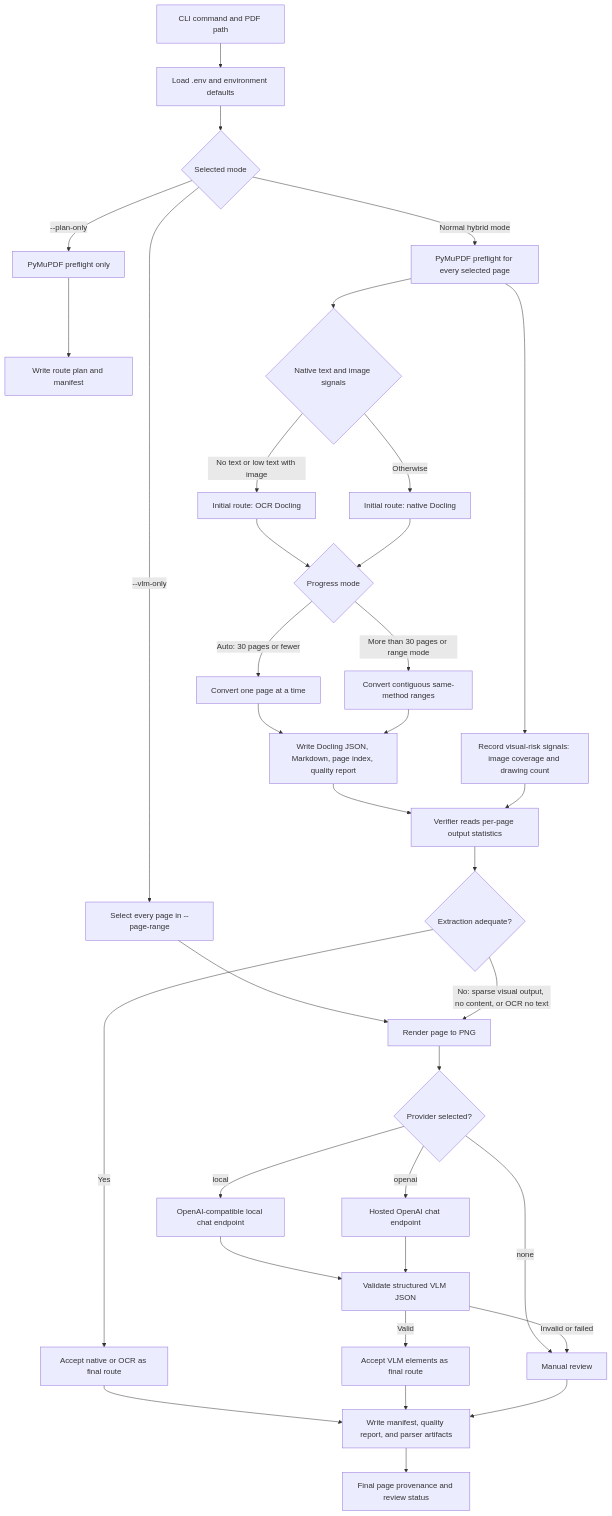
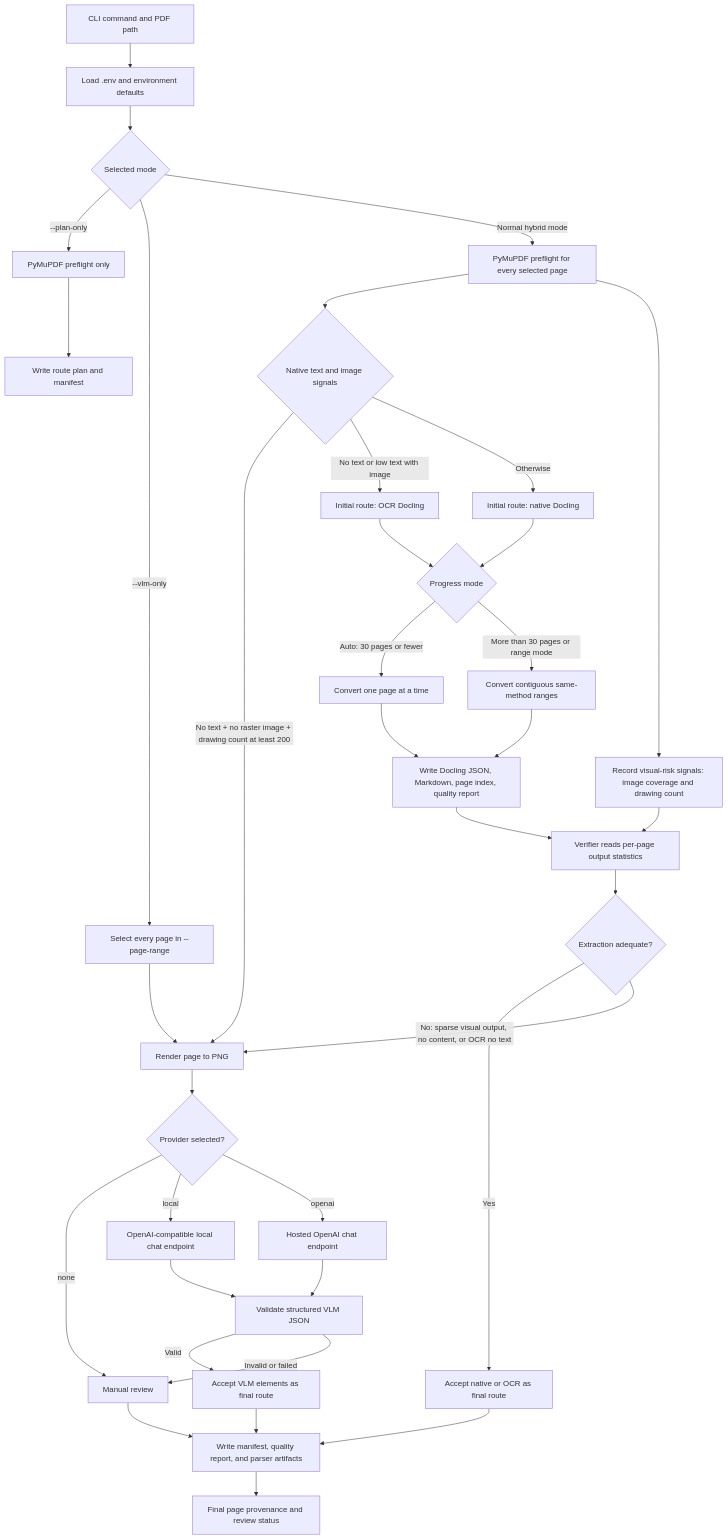
Before and after one commit to karthi-ai-engineer/Knowledge-Graph-for-Unstructured-Data: the first of 2 diagrams in unstructured_data/notes/PIPELINE_DESIGN.md, drawn with Mermaid. The commit also changed other lines of this file and 3 other files, not shown here.

````diff
--- a/unstructured_data/notes/PIPELINE_DESIGN.md
+++ b/unstructured_data/notes/PIPELINE_DESIGN.md
@@ -503,44 +503,45 @@
 ```mermaid
 flowchart TD
     A[CLI command and PDF path] --> B[Load .env and environment defaults]
     B --> C{Selected mode}
 
     C -->|--plan-only| D[PyMuPDF preflight only]
     D --> D1[Write route plan and manifest]
 
     C -->|--vlm-only| E[Select every page in --page-range]
     E --> V1[Render page to PNG]
 
     C -->|Normal hybrid mode| F[PyMuPDF preflight for every selected page]
     F --> G{Native text and image signals}
+    G -->|No text + no raster image + drawing count at least 200| V1
     G -->|No text or low text with image| H[Initial route: OCR Docling]
     G -->|Otherwise| I[Initial route: native Docling]
     F --> J[Record visual-risk signals: image coverage and drawing count]
 
     H --> K{Progress mode}
     I --> K
     K -->|Auto: 30 pages or fewer| L[Convert one page at a time]
     K -->|More than 30 pages or range mode| M[Convert contiguous same-method ranges]
     L --> N[Write Docling JSON, Markdown, page index, quality report]
     M --> N
 
     N --> O[Verifier reads per-page output statistics]
     J --> O
     O --> P{Extraction adequate?}
     P -->|Yes| Q[Accept native or OCR as final route]
     P -->|No: sparse visual output, no content, or OCR no text| V1
 
     V1 --> V2{Provider selected?}
     V2 -->|none| R[Manual review]
     V2 -->|local| V3[OpenAI-compatible local chat endpoint]
     V2 -->|openai| V4[Hosted OpenAI chat endpoint]
     V3 --> V5[Validate structured VLM JSON]
     V4 --> V5
     V5 -->|Valid| S[Accept VLM elements as final route]
     V5 -->|Invalid or failed| R
 
     Q --> T[Write manifest, quality report, and parser artifacts]
     S --> T
     R --> T
     T --> U[Final page provenance and review status]
 ```
````
